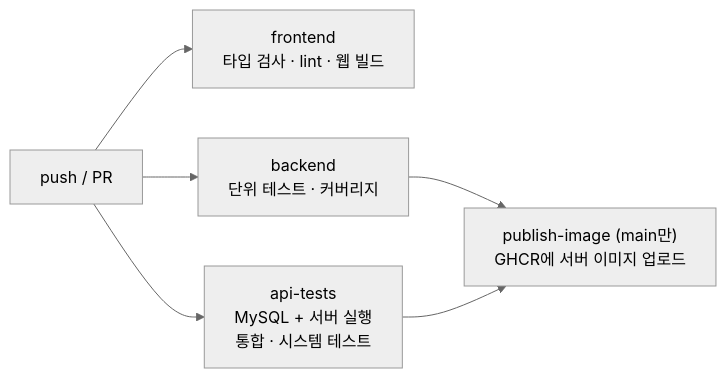
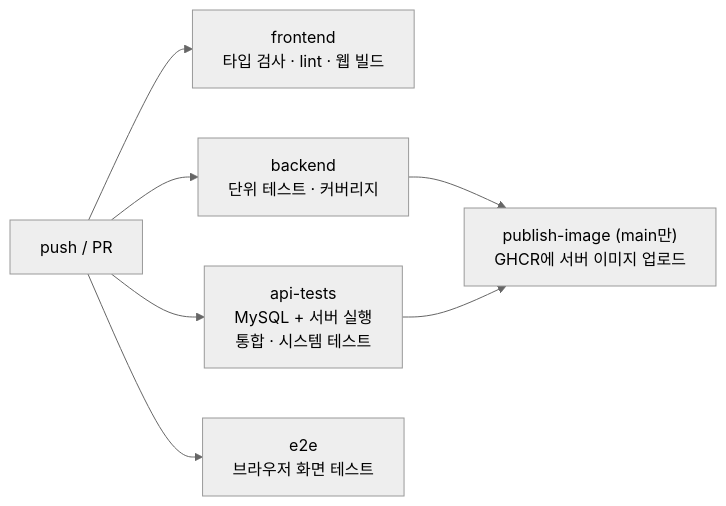
The diagram in docs/guides/CI-CD-구성.md (kkssyy1215/Bapmeokja), drawn with Mermaid (neutral theme) before and after one commit. The commit also changed other lines of this file and 25 other files, not shown here.

````diff
--- a/docs/guides/CI-CD-구성.md
+++ b/docs/guides/CI-CD-구성.md
@@ -12,8 +12,9 @@
 ```mermaid
 flowchart LR
     Push["push / PR"] --> F["frontend<br/>타입 검사 · lint · 웹 빌드"]
     Push --> B["backend<br/>단위 테스트 · 커버리지"]
     Push --> A["api-tests<br/>MySQL + 서버 실행<br/>통합 · 시스템 테스트"]
+    Push --> E["e2e<br/>브라우저 화면 테스트"]
     B --> P["publish-image (main만)<br/>GHCR에 서버 이미지 업로드"]
     A --> P
 ```
````
